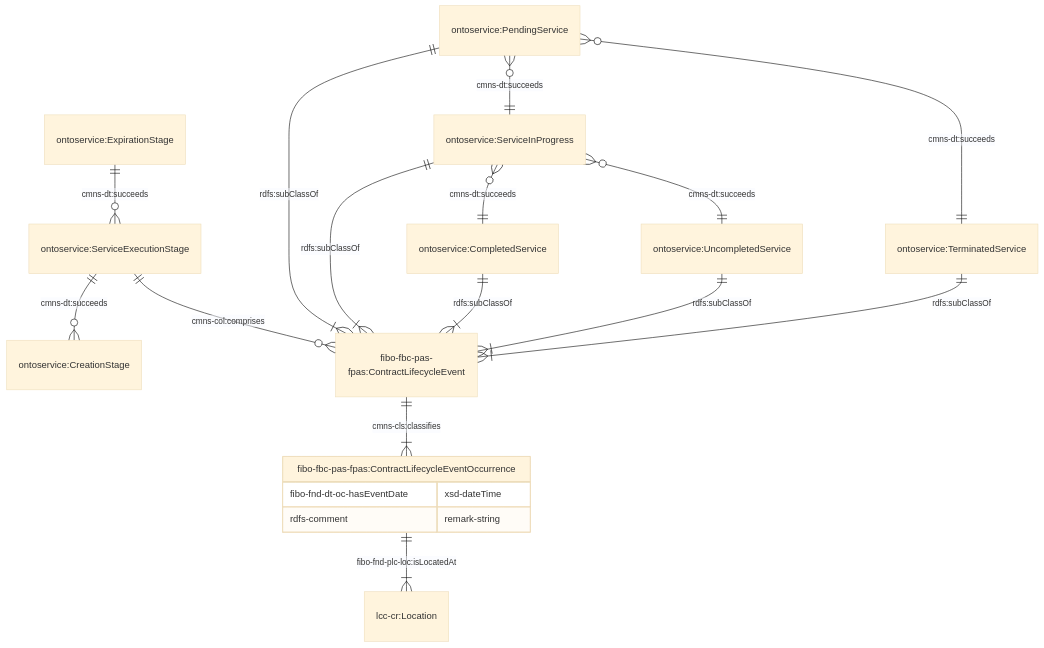
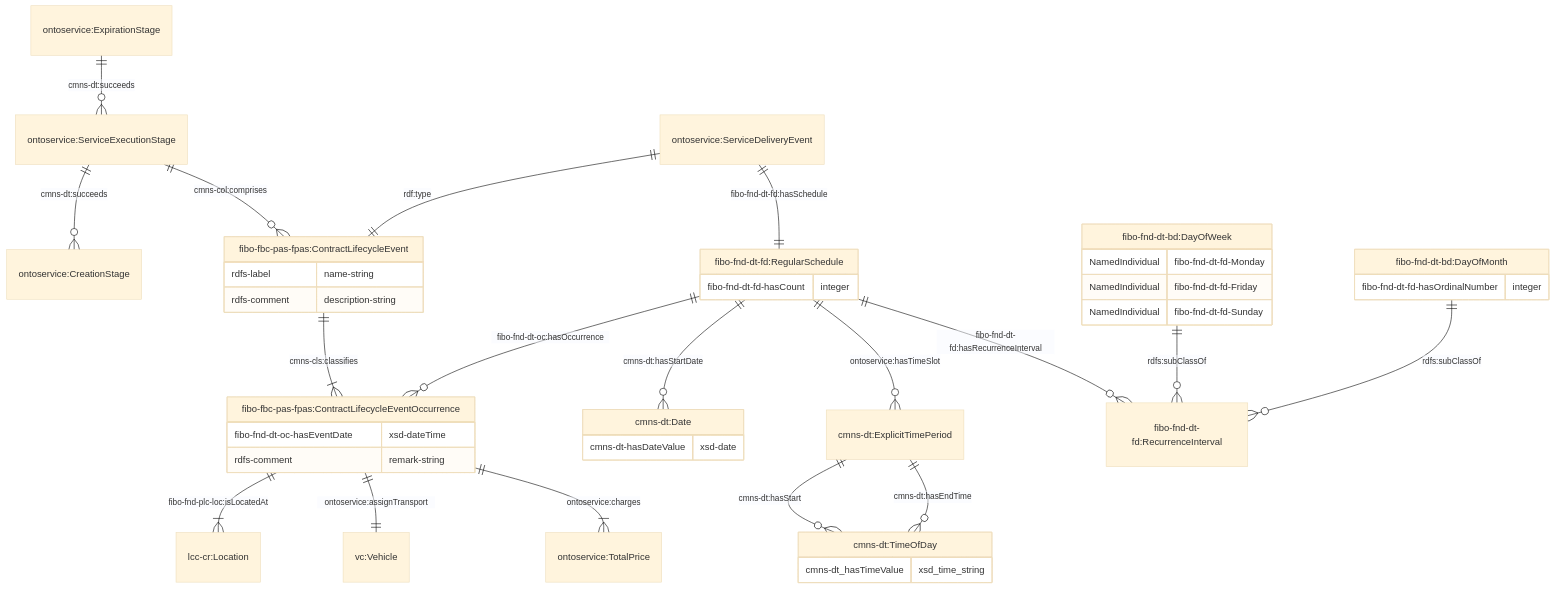
The seventh of 8 diagrams in JPS_Ontology/ontology/ontoservice/README.md (cambridge-cares/TheWorldAvatar), drawn with Mermaid (base theme) before and after one commit. The commit also changed other lines of this file and 3 other files, not shown here.

Commit message:
dev-ontoservice-lifecycle: Revision of lifecycle concepts

````diff
--- a/JPS_Ontology/ontology/ontoservice/README.md
+++ b/JPS_Ontology/ontology/ontoservice/README.md
@@ -252,23 +258,47 @@
 ```mermaid
     erDiagram
     "ontoservice:ServiceExecutionStage" ||--o{ "ontoservice:CreationStage" : "cmns-dt:succeeds"
     "ontoservice:ExpirationStage" ||--o{ "ontoservice:ServiceExecutionStage" : "cmns-dt:succeeds"
     "ontoservice:ServiceExecutionStage" ||--o{ "fibo-fbc-pas-fpas:ContractLifecycleEvent" : "cmns-col:comprises"
+    "fibo-fbc-pas-fpas:ContractLifecycleEvent" {
+        rdfs-label name-string
+        rdfs-comment description-string
+    }
+    "ontoservice:ServiceDeliveryEvent" ||--|| "fibo-fbc-pas-fpas:ContractLifecycleEvent" : "rdf:type"
+    "ontoservice:ServiceDeliveryEvent" ||--|| "fibo-fnd-dt-fd:RegularSchedule" : "fibo-fnd-dt-fd:hasSchedule"
+    "fibo-fnd-dt-fd:RegularSchedule" ||--o{ "fibo-fbc-pas-fpas:ContractLifecycleEventOccurrence" : "fibo-fnd-dt-oc:hasOccurrence"
+    "fibo-fnd-dt-fd:RegularSchedule" {
+        fibo-fnd-dt-fd-hasCount integer
+    }
+
+    "fibo-fnd-dt-fd:RegularSchedule" ||--o{ "cmns-dt:Date" : "cmns-dt:hasStartDate"
+    "cmns-dt:Date" {
+        cmns-dt-hasDateValue xsd-date
+    }
+    "fibo-fnd-dt-fd:RegularSchedule" ||--o{ "cmns-dt:ExplicitTimePeriod" : "ontoservice:hasTimeSlot"
+    "cmns-dt:ExplicitTimePeriod" ||--o{ "cmns-dt:TimeOfDay" : "cmns-dt:hasStart"
+    "cmns-dt:ExplicitTimePeriod" ||--o{ "cmns-dt:TimeOfDay" : "cmns-dt:hasEndTime"
+    "cmns-dt:TimeOfDay" {
+        cmns-dt_hasTimeValue xsd_time_string
+    }
+    "fibo-fnd-dt-fd:RegularSchedule" ||--o{ "fibo-fnd-dt-fd:RecurrenceInterval" : "fibo-fnd-dt-fd:hasRecurrenceInterval"
+    "fibo-fnd-dt-bd:DayOfWeek" ||--o{ "fibo-fnd-dt-fd:RecurrenceInterval" : "rdfs:subClassOf"
+    "fibo-fnd-dt-bd:DayOfWeek" {
+        NamedIndividual fibo-fnd-dt-fd-Monday
+        NamedIndividual fibo-fnd-dt-fd-Friday
+        NamedIndividual fibo-fnd-dt-fd-Sunday
+    }
+    "fibo-fnd-dt-bd:DayOfMonth" ||--o{ "fibo-fnd-dt-fd:RecurrenceInterval" : "rdfs:subClassOf"
+    "fibo-fnd-dt-bd:DayOfMonth" {
+        fibo-fnd-dt-fd-hasOrdinalNumber integer
+    }
+
     "fibo-fbc-pas-fpas:ContractLifecycleEvent" ||--|{ "fibo-fbc-pas-fpas:ContractLifecycleEventOccurrence" : "cmns-cls:classifies"
     "fibo-fbc-pas-fpas:ContractLifecycleEventOccurrence" ||--|{ "lcc-cr:Location" : "fibo-fnd-plc-loc:isLocatedAt"
+    "fibo-fbc-pas-fpas:ContractLifecycleEventOccurrence" ||--|| "vc:Vehicle" : "ontoservice:assignTransport"
+    "fibo-fbc-pas-fpas:ContractLifecycleEventOccurrence" ||--|{ "ontoservice:TotalPrice" : "ontoservice:charges"
     "fibo-fbc-pas-fpas:ContractLifecycleEventOccurrence" {
         fibo-fnd-dt-oc-hasEventDate xsd-dateTime
         rdfs-comment remark-string
     }
-
-    "ontoservice:PendingService" ||--|{ "fibo-fbc-pas-fpas:ContractLifecycleEvent" : "rdfs:subClassOf"
-    "ontoservice:ServiceInProgress" ||--|{ "fibo-fbc-pas-fpas:ContractLifecycleEvent" : "rdfs:subClassOf"
-    "ontoservice:TerminatedService" ||--|{ "fibo-fbc-pas-fpas:ContractLifecycleEvent" : "rdfs:subClassOf"
-    "ontoservice:CompletedService" ||--|{ "fibo-fbc-pas-fpas:ContractLifecycleEvent" : "rdfs:subClassOf"
-    "ontoservice:UncompletedService" ||--|{ "fibo-fbc-pas-fpas:ContractLifecycleEvent" : "rdfs:subClassOf"
-
-    "ontoservice:PendingService" o{--|| "ontoservice:ServiceInProgress" : "cmns-dt:succeeds"
-    "ontoservice:PendingService" o{--|| "ontoservice:TerminatedService" : "cmns-dt:succeeds"
-    "ontoservice:ServiceInProgress" o{--|| "ontoservice:CompletedService" : "cmns-dt:succeeds"
-    "ontoservice:ServiceInProgress" o{--|| "ontoservice:UncompletedService" : "cmns-dt:succeeds"
 ```
````
